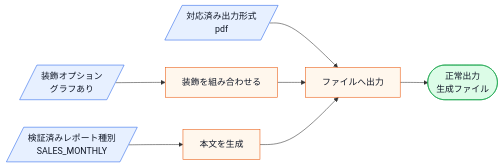
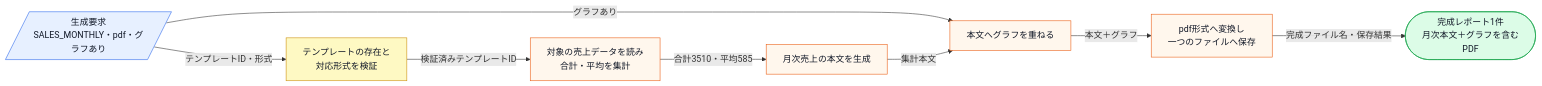
Before and after one commit to kumachan1101-pixel/DesignPattern: the second of 12 diagrams in kindle/design-patterns/output/chapter11.md, drawn with Mermaid. The commit also changed other lines of this file and 3 other files, not shown here.

Commit message:
docs: revise chapters 11 and 12 review flow

````diff
--- a/kindle/design-patterns/output/chapter11.md
+++ b/kindle/design-patterns/output/chapter11.md
@@ -71,14 +87,16 @@
 ```mermaid
 flowchart LR
-    A[/検証済みレポート種別<br>SALES_MONTHLY/]:::input --> G[本文を生成]:::process
-    C[/対応済み出力形式<br>pdf/]:::input --> H[ファイルへ出力]:::process
-    E[/装飾オプション<br>グラフあり/]:::input --> F[装飾を組み合わせる]:::process
-    F --> H
-    G --> H
-    H --> I([正常出力<br>生成ファイル]):::normal
+    A[/"生成要求<br>SALES_MONTHLY・pdf・グラフあり"/]:::input
+    A -->|"テンプレートID・形式"| B["テンプレートの存在と<br>対応形式を検証"]:::decision
+    B -->|"検証済みテンプレートID"| C["対象の売上データを読み<br>合計・平均を集計"]:::process
+    C -->|"合計3510・平均585"| D["月次売上の本文を生成"]:::process
+    A -->|"グラフあり"| E["本文へグラフを重ねる"]:::process
+    D -->|"集計本文"| E
+    E -->|"本文＋グラフ"| F["pdf形式へ変換し<br>一つのファイルへ保存"]:::process
+    F -->|"完成ファイル名・保存結果"| G(["完成レポート1件<br>月次本文＋グラフを含むPDF"]):::normal
 
     classDef input fill:#e7f0ff,stroke:#2563eb,color:#111827;
     classDef process fill:#fff7ed,stroke:#ea580c,color:#111827;
     classDef decision fill:#fef9c3,stroke:#ca8a04,color:#111827;
     classDef normal fill:#dcfce7,stroke:#16a34a,color:#111827;
 ```
````
